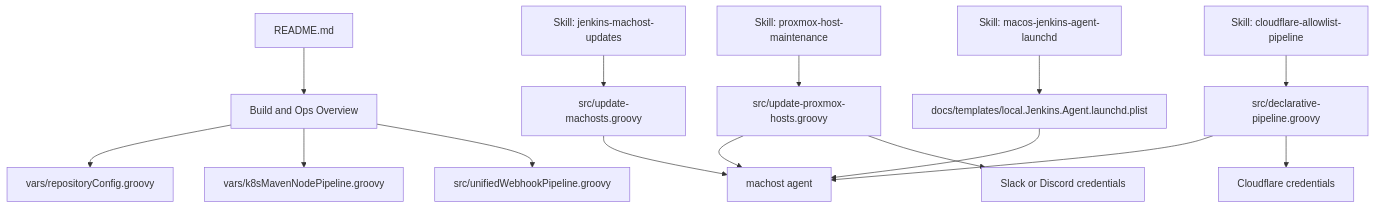
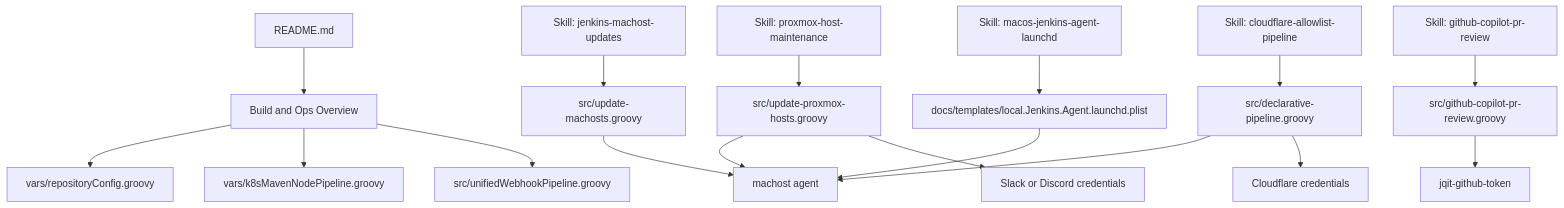
One commit to YukiOno-1015/jenkins-cli changed the diagram in README.md. Above: the diagram before and after it, drawn with Mermaid. The commit also changed other lines of this file and 1 other file, not shown here.

First line of the commit message:
docs(copilot-pr-review): README と運用概要に Copilot PR レビューを追記

````diff
--- a/README.md
+++ b/README.md
@@ -142,20 +151,22 @@
 ```mermaid
 flowchart TD
   A[README.md] --> B[Build and Ops Overview]
 
   S1[Skill: jenkins-machost-updates] --> F1[src/update-machosts.groovy]
   S2[Skill: proxmox-host-maintenance] --> F2[src/update-proxmox-hosts.groovy]
   S3[Skill: cloudflare-allowlist-pipeline] --> F3[src/declarative-pipeline.groovy]
   S4[Skill: macos-jenkins-agent-launchd] --> F4[docs/templates/local.Jenkins.Agent.launchd.plist]
+  S5[Skill: github-copilot-pr-review] --> F5[src/github-copilot-pr-review.groovy]
 
   B --> C1[vars/repositoryConfig.groovy]
   B --> C2[vars/k8sMavenNodePipeline.groovy]
   B --> C3[src/unifiedWebhookPipeline.groovy]
 
   F1 --> M1[machost agent]
   F2 --> M1
   F3 --> M1
   F2 --> N1[Slack or Discord credentials]
   F3 --> N2[Cloudflare credentials]
   F4 --> M1
+  F5 --> N3[jqit-github-token]
 ```
````
